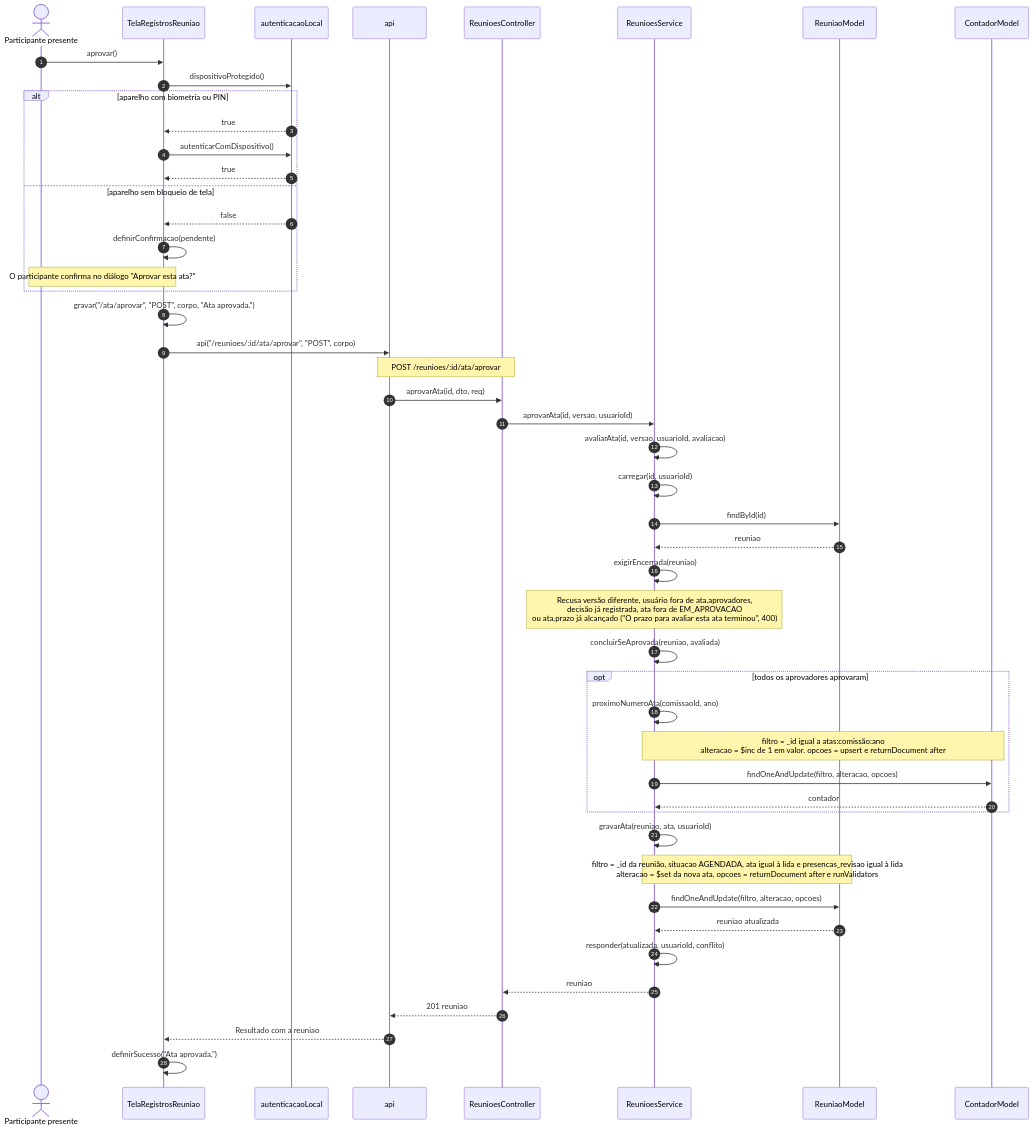
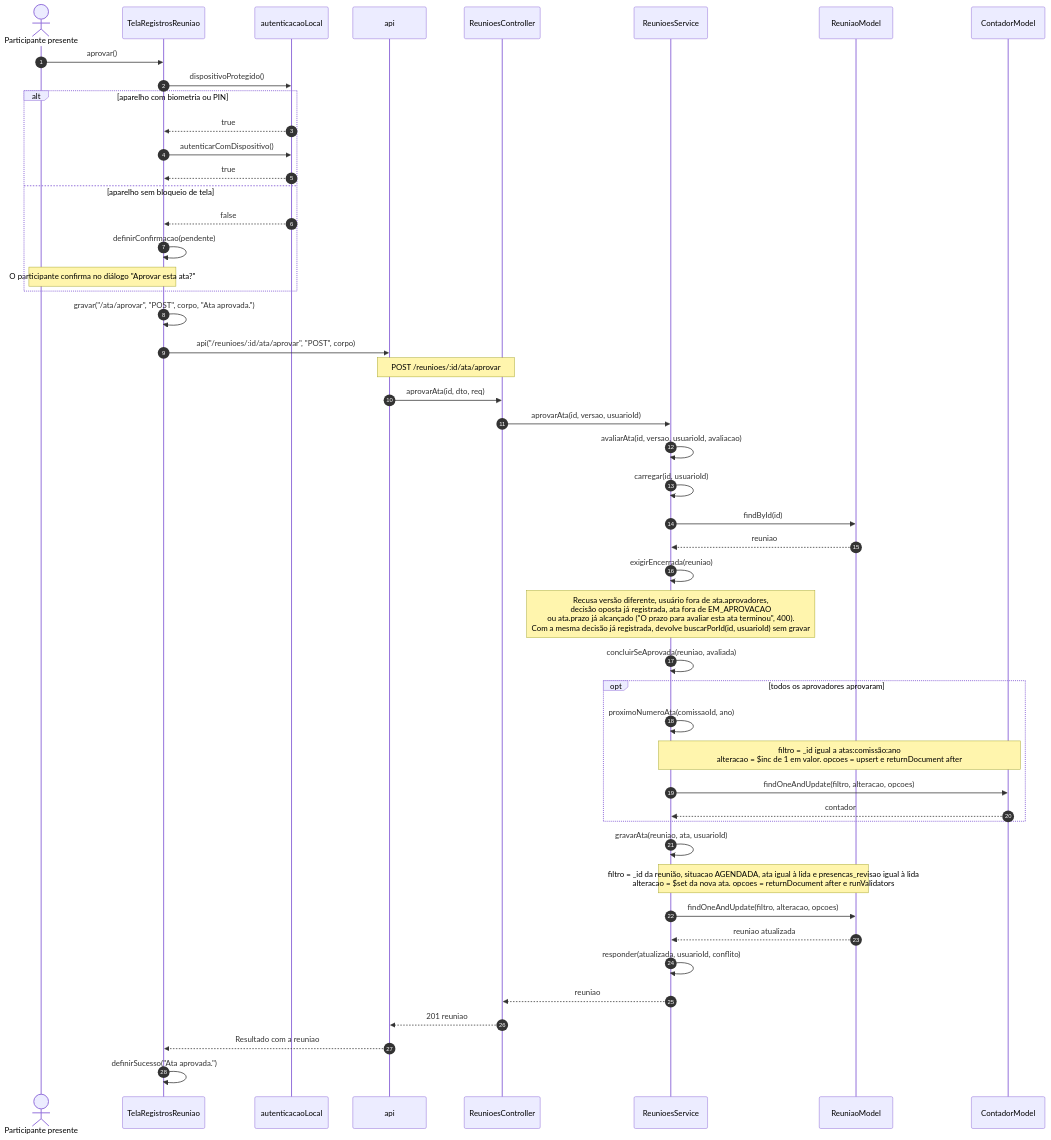
Before and after one commit to Conecta-IFSP/DOCUMENTATION: the third of 9 diagrams in 4 - Incremento3/atas/6 - diagramas-sequencia-atas.md, drawn with Mermaid. The commit also changed other lines of this file and 9 other files, not shown here.

````diff
--- a/4 - Incremento3/atas/6 - diagramas-sequencia-atas.md
+++ b/4 - Incremento3/atas/6 - diagramas-sequencia-atas.md
@@ -98,50 +100,50 @@
 ```mermaid
 sequenceDiagram
     autonumber
     actor U as Participante presente
     participant T as TelaRegistrosReuniao
     participant L as autenticacaoLocal
     participant A as api
     participant C as ReunioesController
     participant S as ReunioesService
     participant M as ReuniaoModel
     participant N as ContadorModel
     U->>T: aprovar()
     T->>L: dispositivoProtegido()
     alt aparelho com biometria ou PIN
         L-->>T: true
         T->>L: autenticarComDispositivo()
         L-->>T: true
     else aparelho sem bloqueio de tela
         L-->>T: false
         T->>T: definirConfirmacao(pendente)
         Note over U,T: O participante confirma no diálogo "Aprovar esta ata?"
     end
     T->>T: gravar("/ata/aprovar", "POST", corpo, "Ata aprovada.")
     T->>A: api("/reunioes/:id/ata/aprovar", "POST", corpo)
     Note over A,C: POST /reunioes/:id/ata/aprovar
     A->>C: aprovarAta(id, dto, req)
     C->>S: aprovarAta(id, versao, usuarioId)
     S->>S: avaliarAta(id, versao, usuarioId, avaliacao)
     S->>S: carregar(id, usuarioId)
     S->>M: findById(id)
     M-->>S: reuniao
     S->>S: exigirEncerrada(reuniao)
-    Note over S: Recusa versão diferente, usuário fora de ata.aprovadores,<br/>decisão já registrada, ata fora de EM_APROVACAO<br/>ou ata.prazo já alcançado ("O prazo para avaliar esta ata terminou", 400)
+    Note over S: Recusa versão diferente, usuário fora de ata.aprovadores,<br/>decisão oposta já registrada, ata fora de EM_APROVACAO<br/>ou ata.prazo já alcançado ("O prazo para avaliar esta ata terminou", 400).<br/>Com a mesma decisão já registrada, devolve buscarPorId(id, usuarioId) sem gravar
     S->>S: concluirSeAprovada(reuniao, avaliada)
     opt todos os aprovadores aprovaram
         S->>S: proximoNumeroAta(comissaoId, ano)
         Note over S,N: filtro = _id igual a atas:comissão:ano<br/>alteracao = $inc de 1 em valor. opcoes = upsert e returnDocument after
         S->>N: findOneAndUpdate(filtro, alteracao, opcoes)
         N-->>S: contador
     end
     S->>S: gravarAta(reuniao, ata, usuarioId)
     Note over S,M: filtro = _id da reunião, situacao AGENDADA, ata igual à lida e presencas_revisao igual à lida<br/>alteracao = $set da nova ata. opcoes = returnDocument after e runValidators
     S->>M: findOneAndUpdate(filtro, alteracao, opcoes)
     M-->>S: reuniao atualizada
     S->>S: responder(atualizada, usuarioId, conflito)
     S-->>C: reuniao
     C-->>A: 201 reuniao
     A-->>T: Resultado com a reuniao
     T->>T: definirSucesso("Ata aprovada.")
 ```
````
